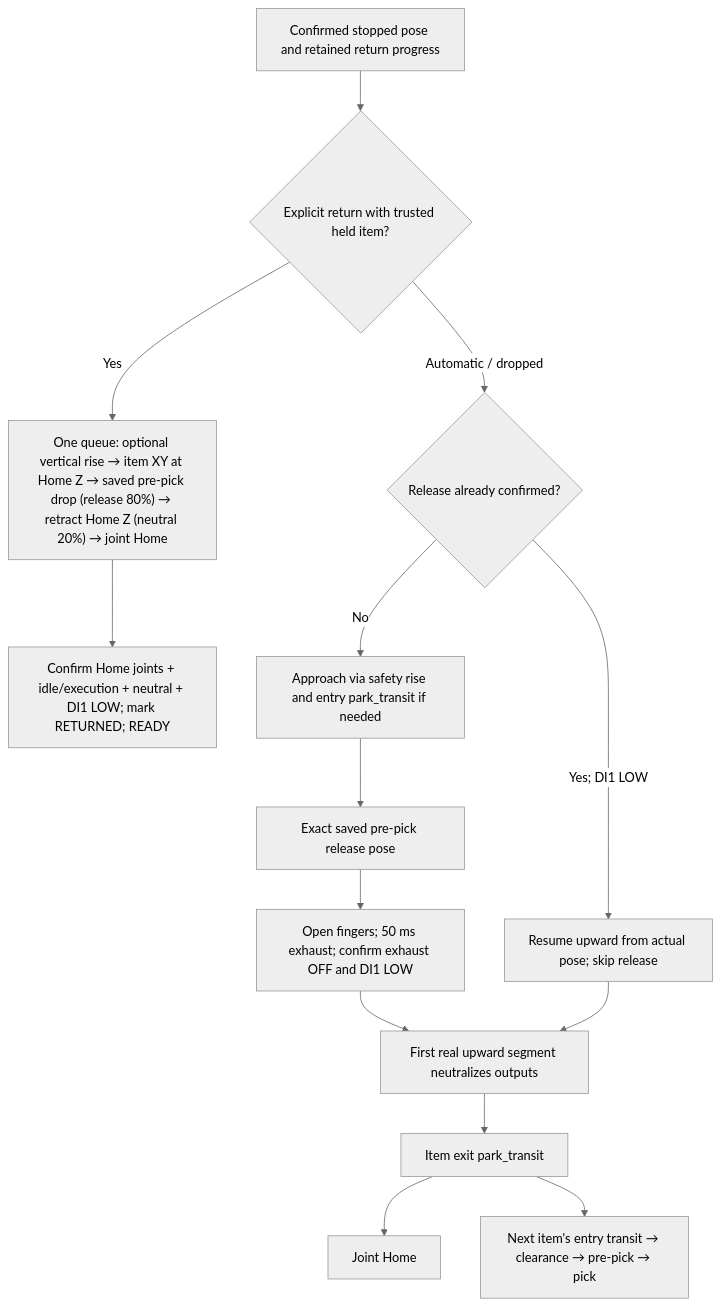
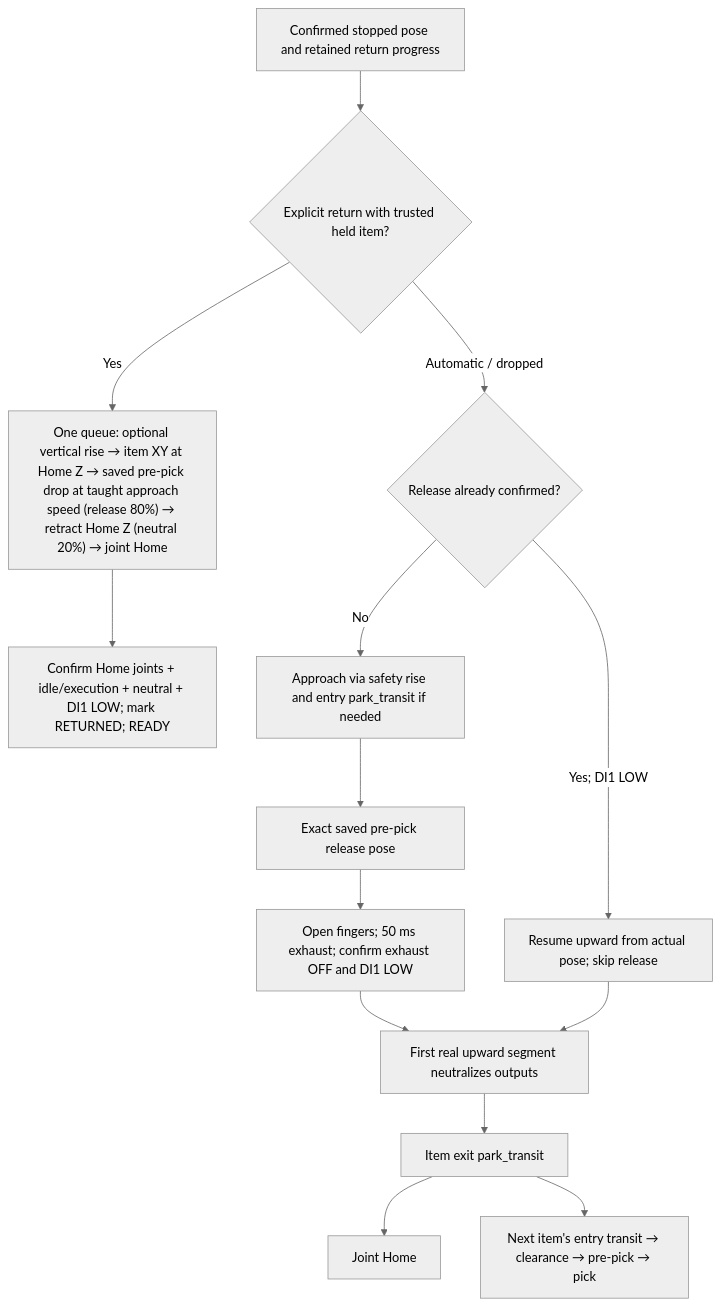
The ninth of 9 diagrams in docs/ROBOT_CONTROLLER_FSM.md (esgange/dobot_picknplace_yolo), drawn with Mermaid (neutral theme) before and after one commit. The commit also changed other lines of this file and 10 other files, not shown here.

Commit message:
Use taught approach speed for placement and return descent

````diff
--- a/docs/ROBOT_CONTROLLER_FSM.md
+++ b/docs/ROBOT_CONTROLLER_FSM.md
@@ -874,16 +880,16 @@
 ```mermaid
 flowchart TD
     Start["Confirmed stopped pose and retained return progress"] --> Kind{"Explicit return with trusted held item?"}
-    Kind -->|Yes| Queue["One queue: optional vertical rise → item XY at Home Z → saved pre-pick drop (release 80%) → retract Home Z (neutral 20%) → joint Home"]
+    Kind -->|Yes| Queue["One queue: optional vertical rise → item XY at Home Z → saved pre-pick drop at taught approach speed (release 80%) → retract Home Z (neutral 20%) → joint Home"]
     Queue --> Done["Confirm Home joints + idle/execution + neutral + DI1 LOW; mark RETURNED; READY"]
     Kind -->|Automatic / dropped| Released{"Release already confirmed?"}
     Released -->|No| Up["Approach via safety rise and entry park_transit if needed"]
     Up --> Release["Exact saved pre-pick release pose"]
     Release --> Pulse["Open fingers; 50 ms exhaust; confirm exhaust OFF and DI1 LOW"]
     Pulse --> Retreat["First real upward segment neutralizes outputs"]
     Released -->|Yes; DI1 LOW| Resume["Resume upward from actual pose; skip release"]
     Resume --> Retreat
     Retreat --> Exit["Item exit park_transit"]
     Exit --> Home["Joint Home"]
     Exit --> Next["Next item's entry transit → clearance → pre-pick → pick"]
 ```
````
